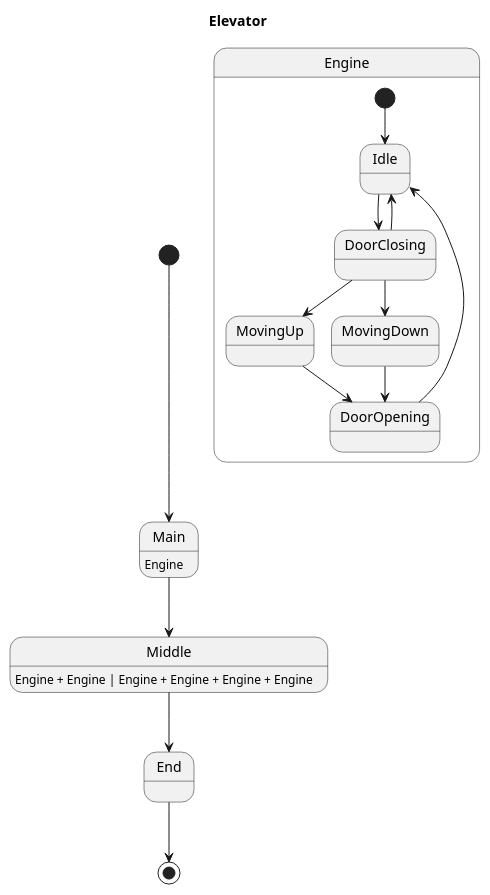
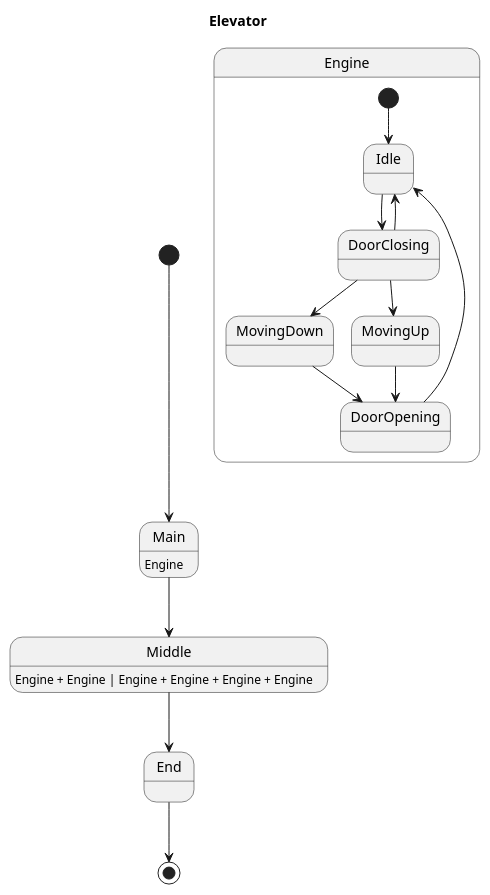
The diagram in examples/generated/plantuml/elevator.puml (Pastor/Takt), drawn with PlantUML before and after one commit. The commit also changed other lines of this file and 21 other files, not shown here.

```diff
--- a/examples/generated/plantuml/elevator.puml
+++ b/examples/generated/plantuml/elevator.puml
@@ -1,22 +1,22 @@
 @startuml
 title Elevator
 
 [*] --> Main
+Main : Engine
+Main --> Middle
 End --> [*]
 Middle : Engine + Engine | Engine + Engine + Engine + Engine
 Middle --> End
-Main : Engine
-Main --> Middle
 
 state Engine {
     [*] --> Idle
+    MovingDown --> DoorOpening
+    Idle --> DoorClosing
     DoorClosing --> Idle
     DoorClosing --> MovingUp
     DoorClosing --> MovingDown
     MovingUp --> DoorOpening
     DoorOpening --> Idle
-    MovingDown --> DoorOpening
-    Idle --> DoorClosing
 }
 
 @enduml
```
